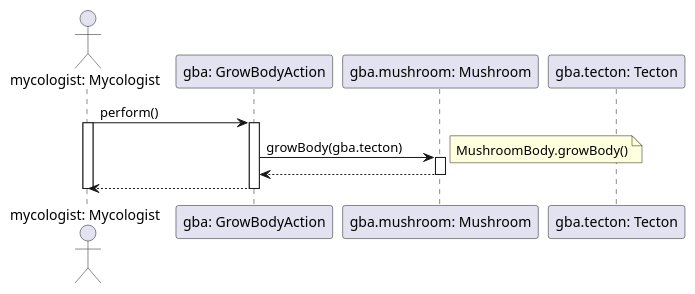
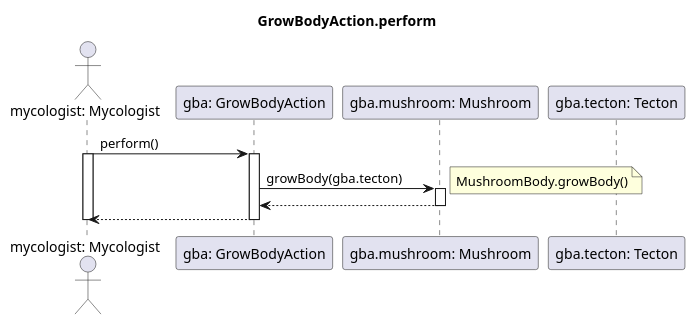
Before and after one commit to dzsem/projlab: the diagram in diagrams/sequence/action/growBodyAction.wsd, drawn with PlantUML. The commit also changed 4 other files, not shown here.

```diff
--- a/diagrams/sequence/action/growBodyAction.wsd
+++ b/diagrams/sequence/action/growBodyAction.wsd
@@ -1,22 +1,24 @@
 @startuml Grow Body Action
+title GrowBodyAction.perform
+
 actor "mycologist: Mycologist" as mycologist
 participant "gba: GrowBodyAction" as gba
 participant "gba.mushroom: Mushroom" as m
 participant "gba.tecton: Tecton" as t
 
 mycologist -> gba: perform()
 activate mycologist
 activate gba
 
 gba -> m: growBody(gba.tecton)
 activate m
 note right: MushroomBody.growBody()
 
 m --> gba
 deactivate m
 
 mycologist <-- gba
 deactivate gba
 deactivate mycologist
 
 @enduml
```
